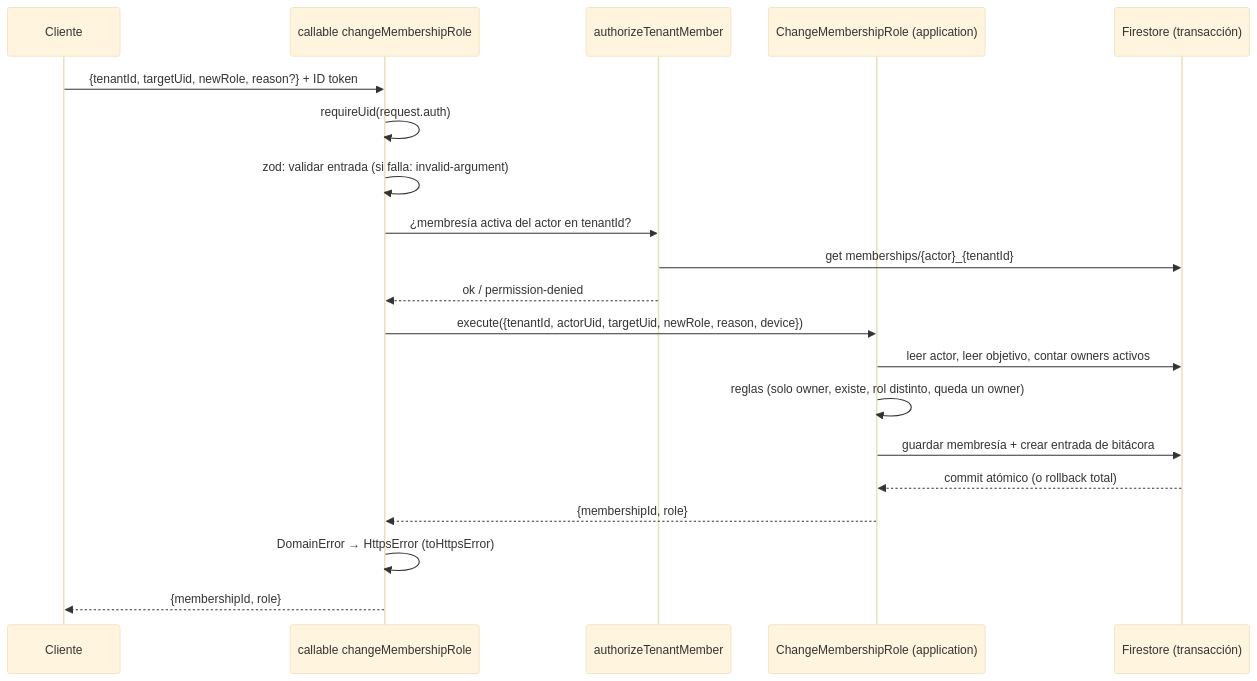
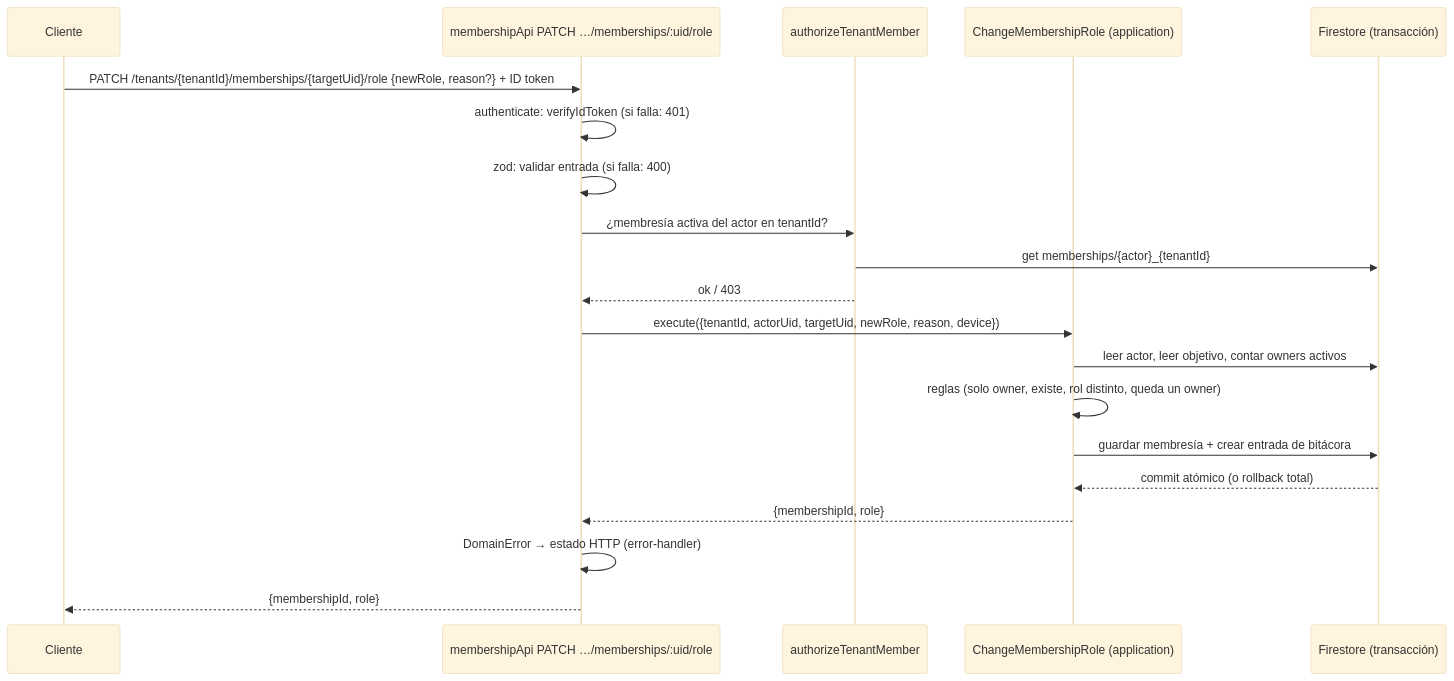
Before and after one commit to grestrepo98/escuelas-deportivas-back: the diagram in docs/arquitectura.md, drawn with Mermaid (base theme). The commit also changed other lines of this file and 14 other files, not shown here.

First line of the commit message:
docs: replace per-use-case callables with one HTTP API per module

````diff
--- a/docs/arquitectura.md
+++ b/docs/arquitectura.md
@@ -139,23 +150,23 @@
 ```mermaid
 sequenceDiagram
     participant C as Cliente
-    participant F as callable changeMembershipRole
+    participant F as membershipApi PATCH …/memberships/:uid/role
     participant A as authorizeTenantMember
     participant U as ChangeMembershipRole (application)
     participant DB as Firestore (transacción)
 
-    C->>F: {tenantId, targetUid, newRole, reason?} + ID token
-    F->>F: requireUid(request.auth)
-    F->>F: zod: validar entrada (si falla: invalid-argument)
+    C->>F: PATCH /tenants/{tenantId}/memberships/{targetUid}/role {newRole, reason?} + ID token
+    F->>F: authenticate: verifyIdToken (si falla: 401)
+    F->>F: zod: validar entrada (si falla: 400)
     F->>A: ¿membresía activa del actor en tenantId?
     A->>DB: get memberships/{actor}_{tenantId}
-    A-->>F: ok / permission-denied
+    A-->>F: ok / 403
     F->>U: execute({tenantId, actorUid, targetUid, newRole, reason, device})
     U->>DB: leer actor, leer objetivo, contar owners activos
     U->>U: reglas (solo owner, existe, rol distinto, queda un owner)
     U->>DB: guardar membresía + crear entrada de bitácora
     DB-->>U: commit atómico (o rollback total)
     U-->>F: {membershipId, role}
-    F->>F: DomainError → HttpsError (toHttpsError)
+    F->>F: DomainError → estado HTTP (error-handler)
     F-->>C: {membershipId, role}
 ```
````
